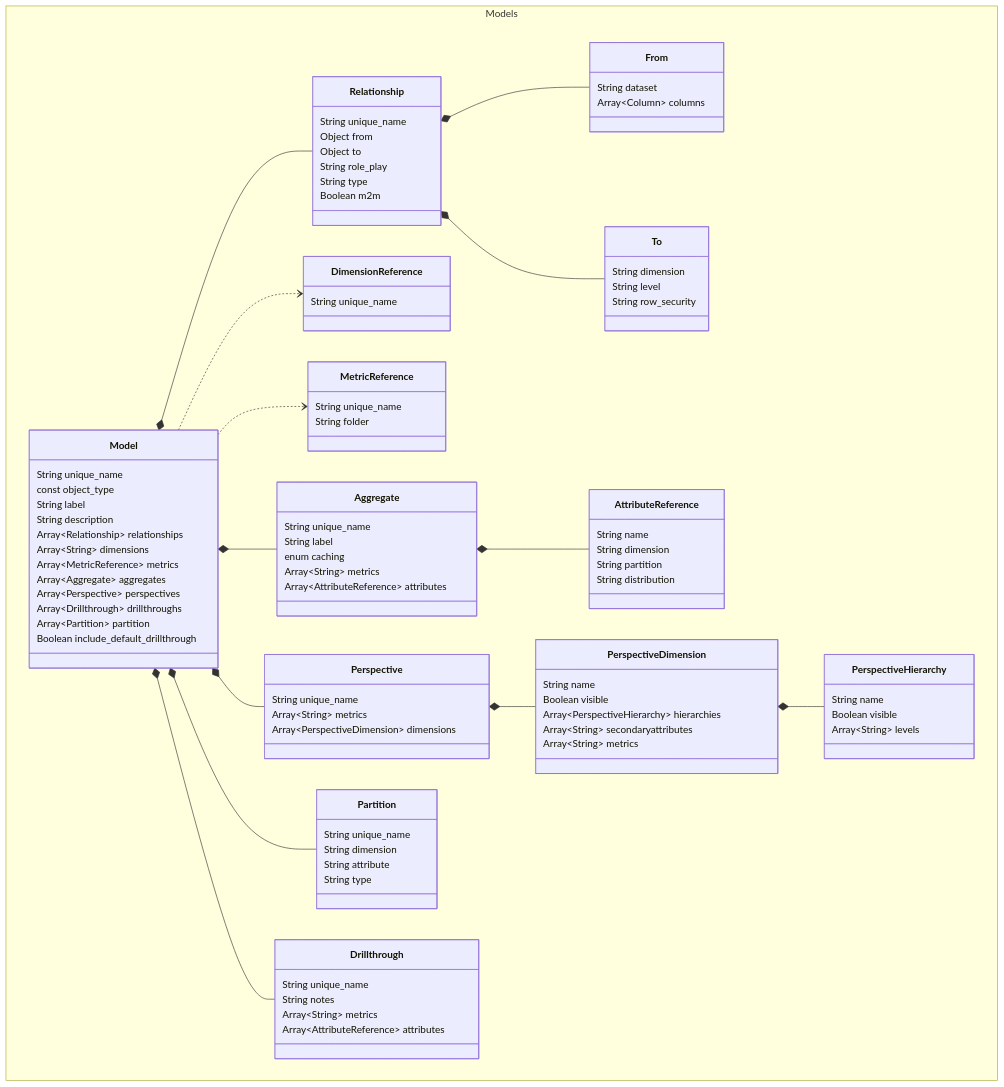
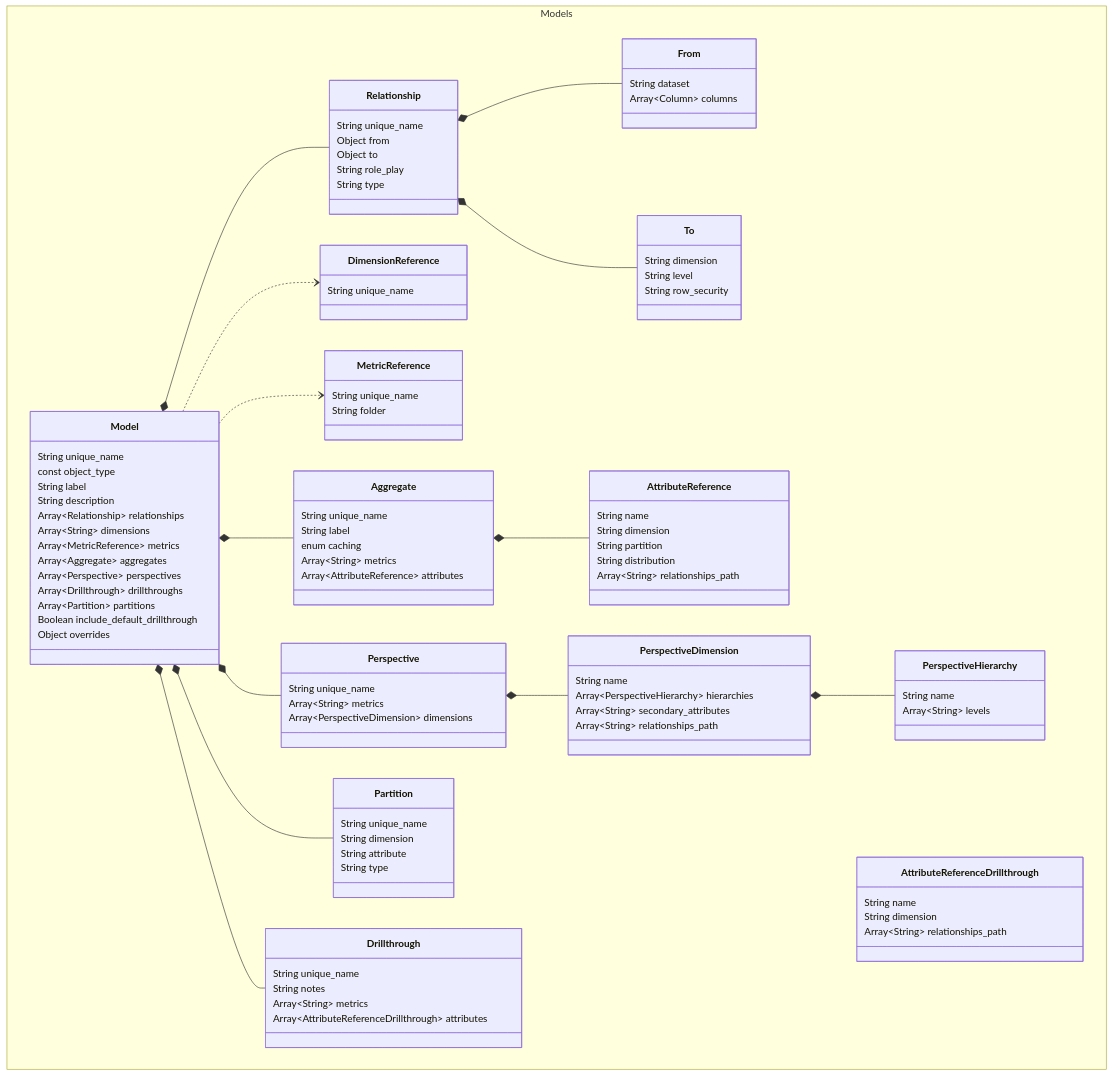
The diagram in sml-reference/model.md (AlchemyTechLabsInc/SML), drawn with Mermaid before and after one commit. The commit also changed other lines of this file, not shown here.

```diff
--- a/sml-reference/model.md
+++ b/sml-reference/model.md
@@ -207,8 +207,9 @@
       Array~Aggregate~ aggregates
       Array~Perspective~ perspectives
       Array~Drillthrough~ drillthroughs
-      Array~Partition~ partition
+      Array~Partition~ partitions
       Boolean include_default_drillthrough
+      Object overrides
     }
     class Relationship{
       String unique_name
@@ -216,7 +217,6 @@
       Object to
       String role_play
       String type
-      Boolean m2m
     }
     class From{
       String dataset
@@ -238,13 +238,19 @@
       String unique_name
       String notes
       Array~String~ metrics
-      Array~AttributeReference~ attributes
+      Array~AttributeReferenceDrillthrough~ attributes
+    }
+    class AttributeReferenceDrillthrough{
+      String name
+      String dimension
+      Array~String~ relationships_path
     }
     class AttributeReference{
       String name
       String dimension
       String partition
       String distribution
+      Array~String~ relationships_path
     }
     class Partition{
       String unique_name
@@ -266,14 +272,12 @@
     }
     class PerspectiveDimension{
       String name
-      Boolean visible
       Array~PerspectiveHierarchy~ hierarchies
-      Array~String~ secondaryattributes
-      Array~String~ metrics
+      Array~String~ secondary_attributes
+      Array~String~ relationships_path
     }
     class PerspectiveHierarchy{
       String name
-      Boolean visible
       Array~String~ levels
     }
 }
```
